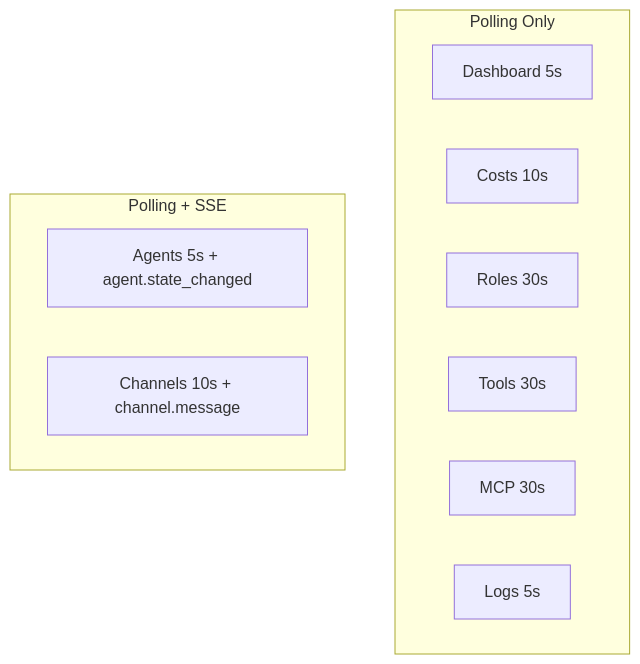
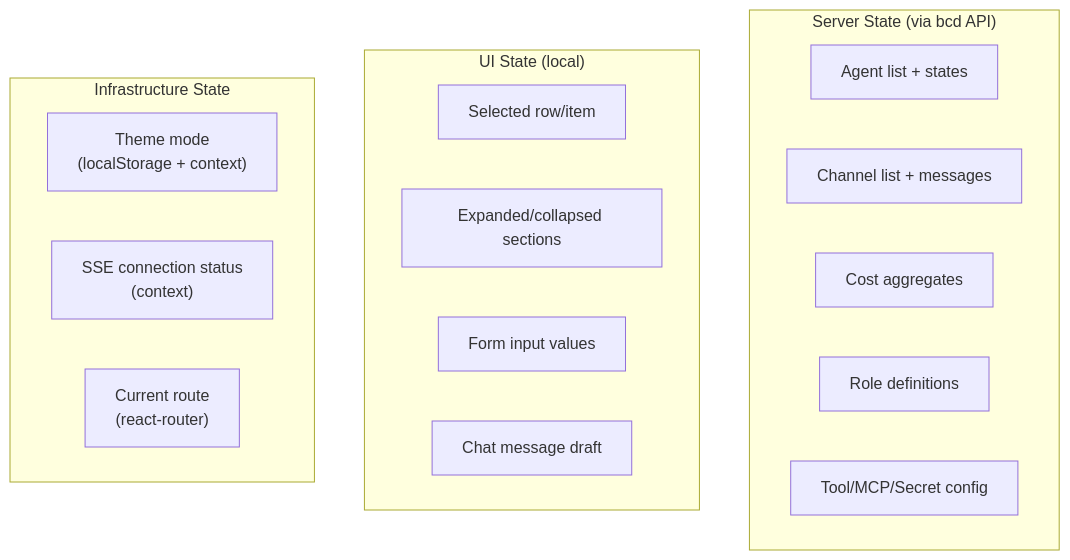
The eighth of 8 diagrams in docs/architecture/web-ui.md (gh-curious-otter/bc), drawn with Mermaid before and after one commit. The commit also changed other lines of this file, not shown here.

Commit message:
docs: rewrite web-ui.md — TUI is API client, remove legacy framing

````diff
--- a/docs/architecture/web-ui.md
+++ b/docs/architecture/web-ui.md
@@ -89,15 +417,23 @@
 ```mermaid
-flowchart TD
-    subgraph "Polling Only"
-        Dashboard["Dashboard 5s"]
-        Costs["Costs 10s"]
-        Roles["Roles 30s"]
-        Tools["Tools 30s"]
-        MCP["MCP 30s"]
-        Logs["Logs 5s"]
+graph TD
+    subgraph ServerState ["Server State (via bcd API)"]
+        Agents["Agent list + states"]
+        Channels["Channel list + messages"]
+        Costs["Cost aggregates"]
+        Roles["Role definitions"]
+        Tools["Tool/MCP/Secret config"]
     end
-    subgraph "Polling + SSE"
-        Agents["Agents 5s + agent.state_changed"]
-        Channels["Channels 10s + channel.message"]
+
+    subgraph UIState ["UI State (local)"]
+        Selected["Selected row/item"]
+        Expanded["Expanded/collapsed sections"]
+        FormInput["Form input values"]
+        ChatDraft["Chat message draft"]
+    end
+
+    subgraph InfraState ["Infrastructure State"]
+        Theme["Theme mode<br/>(localStorage + context)"]
+        SSEConn["SSE connection status<br/>(context)"]
+        RouteState["Current route<br/>(react-router)"]
     end
 ```
````
